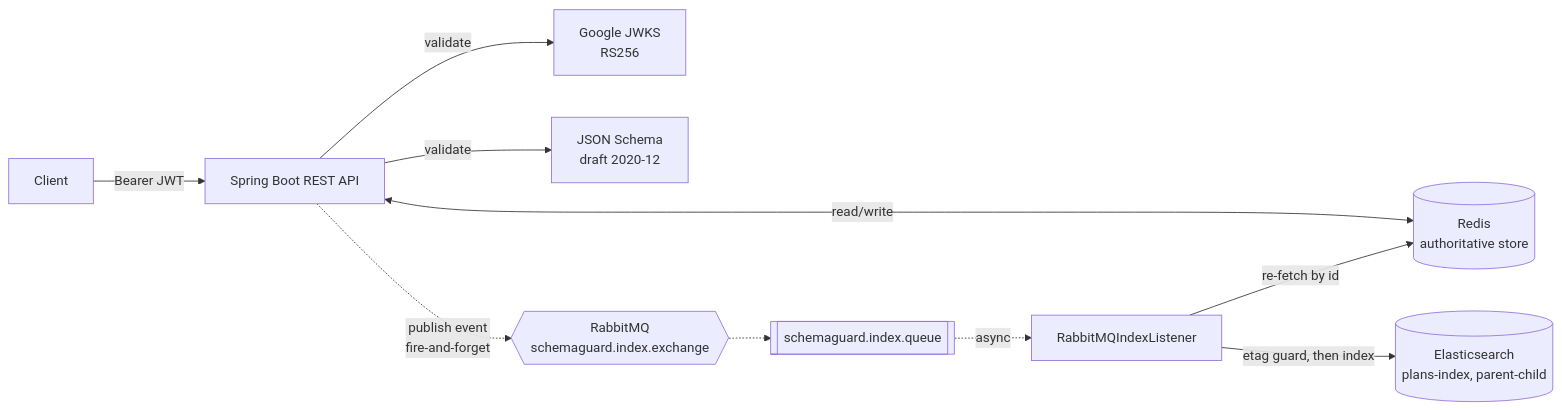
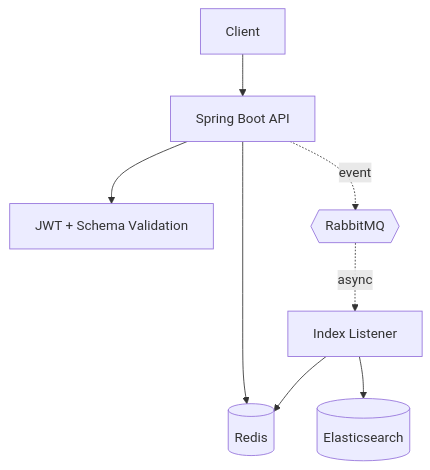
Before and after one commit to PragatiAN1109/SchemaGuard: the diagram in README.md, drawn with Mermaid. The commit also changed other lines of this file and 7 other files, not shown here.

````diff
--- a/README.md
+++ b/README.md
@@ -35,12 +58,18 @@
 ```mermaid
-flowchart LR
-    Client -->|Bearer JWT| API[Spring Boot REST API]
-    API -->|validate| JWT[Google JWKS<br/>RS256]
-    API -->|validate| Schema[JSON Schema<br/>draft 2020-12]
-    API <-->|read/write| Redis[(Redis<br/>authoritative store)]
-    API -.->|publish event<br/>fire-and-forget| Exchange{{RabbitMQ<br/>schemaguard.index.exchange}}
-    Exchange -.-> Queue[[schemaguard.index.queue]]
-    Queue -.->|async| Listener[RabbitMQIndexListener]
-    Listener -->|re-fetch by id| Redis
-    Listener -->|etag guard, then index| ES[(Elasticsearch<br/>plans-index, parent-child)]
+flowchart TB
+    Client[Client]
+    API[Spring Boot API]
+    Auth[JWT + Schema Validation]
+    Redis[(Redis)]
+    MQ{{RabbitMQ}}
+    Worker[Index Listener]
+    ES[(Elasticsearch)]
+
+    Client --> API
+    API --> Auth
+    API --> Redis
+    API -. event .-> MQ
+    MQ -. async .-> Worker
+    Worker --> Redis
+    Worker --> ES
 ```
````
